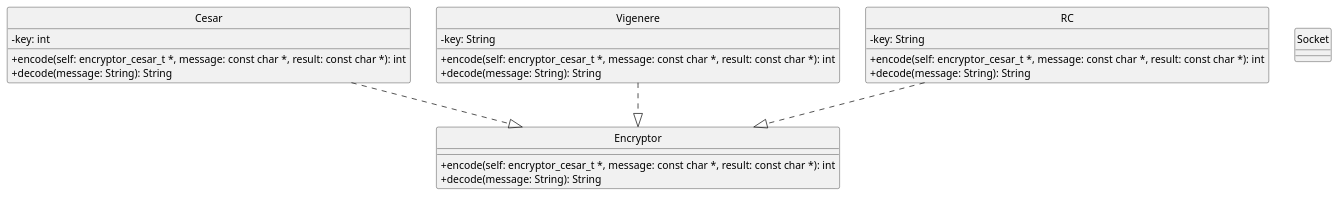
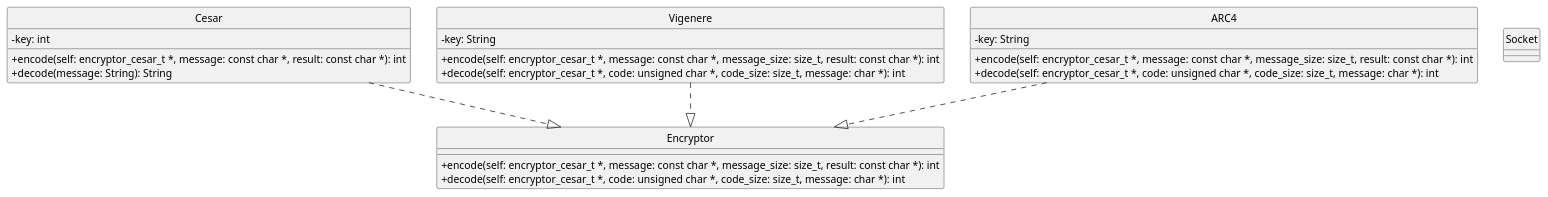
The diagram in modelo.puml (Alex1161/tp1), drawn with PlantUML before and after one commit. The commit also changed 2 other files, not shown here.

```diff
--- a/modelo.puml
+++ b/modelo.puml
@@ -1,37 +1,37 @@
-@startuml
+@startuml tp
 hide circles
 skinparam ClassAttributeIconSize 0
 hide interface fields
 
 Class Cesar{
     -key: int
     +encode(self: encryptor_cesar_t *, message: const char *, result: const char *): int
     +decode(message: String): String
 }
 
 Class Vigenere{
     -key: String
-    +encode(self: encryptor_cesar_t *, message: const char *, result: const char *): int
-    +decode(message: String): String
+    +encode(self: encryptor_cesar_t *, message: const char *, message_size: size_t, result: const char *): int
+    +decode(self: encryptor_cesar_t *, code: unsigned char *, code_size: size_t, message: char *): int
 }
 
-Class RC{
+Class ARC4{
     -key: String
-    +encode(self: encryptor_cesar_t *, message: const char *, result: const char *): int
-    +decode(message: String): String
+    +encode(self: encryptor_cesar_t *, message: const char *, message_size: size_t, result: const char *): int
+    +decode(self: encryptor_cesar_t *, code: unsigned char *, code_size: size_t, message: char *): int
 }
 
 Class Encryptor{
-    +encode(self: encryptor_cesar_t *, message: const char *, result: const char *): int
-    +decode(message: String): String
+    +encode(self: encryptor_cesar_t *, message: const char *, message_size: size_t, result: const char *): int
+    +decode(self: encryptor_cesar_t *, code: unsigned char *, code_size: size_t, message: char *): int
 }
 
 Class Socket{
     
 }
 
 Cesar ..|> Encryptor
 Vigenere ..|> Encryptor
-RC ..|> Encryptor
+ARC4 ..|> Encryptor
 
 @enduml
```
